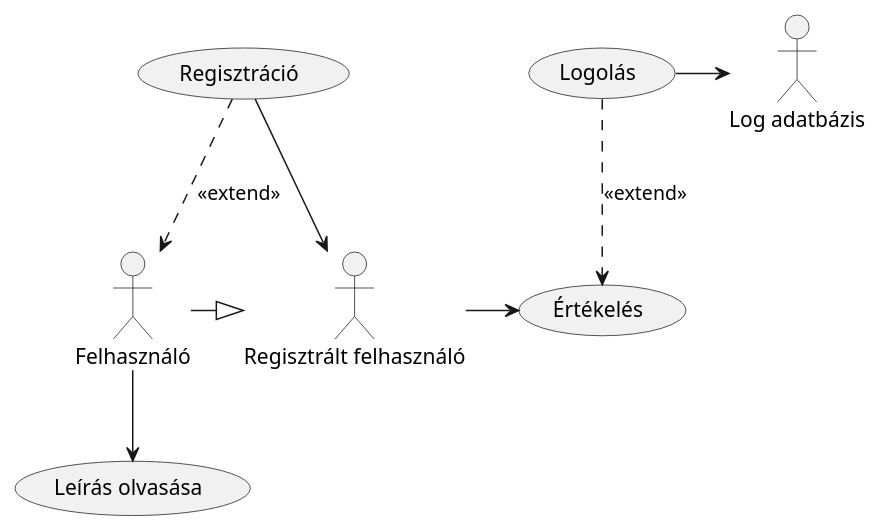
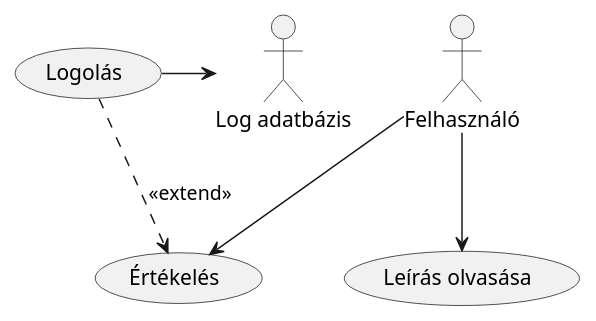
Before and after one commit to Ninbes/Szoft_M-dszertan_proj: the diagram in Doc/UseCaseGraph.md, drawn with PlantUML. The commit also changed other lines of this file, not shown here.

Commit message:
Update UseCaseGraph.md again

```diff
--- a/Doc/UseCaseGraph.md
+++ b/Doc/UseCaseGraph.md
@@ -3,16 +3,11 @@
 @startuml  
-:Regisztrált felhasználó: as RF  
 :Felhasználó: as F  
 :Log adatbázis: as Log  
-(Regisztráció) as US2  
 (Értékelés) as US1  
 (Leírás olvasása) as US3  
 (Logolás) as E1  
-RF -right-> US1  
-US2 ..> F: <<extend>>  
-US2 -right-> RF   
 E1 ..> US1 : <<extend>>  
 F --> US3  
+F -->US1  
 E1-right-> Log  
-F -right-|>RF  
-@enduml
+@enduml  
```
